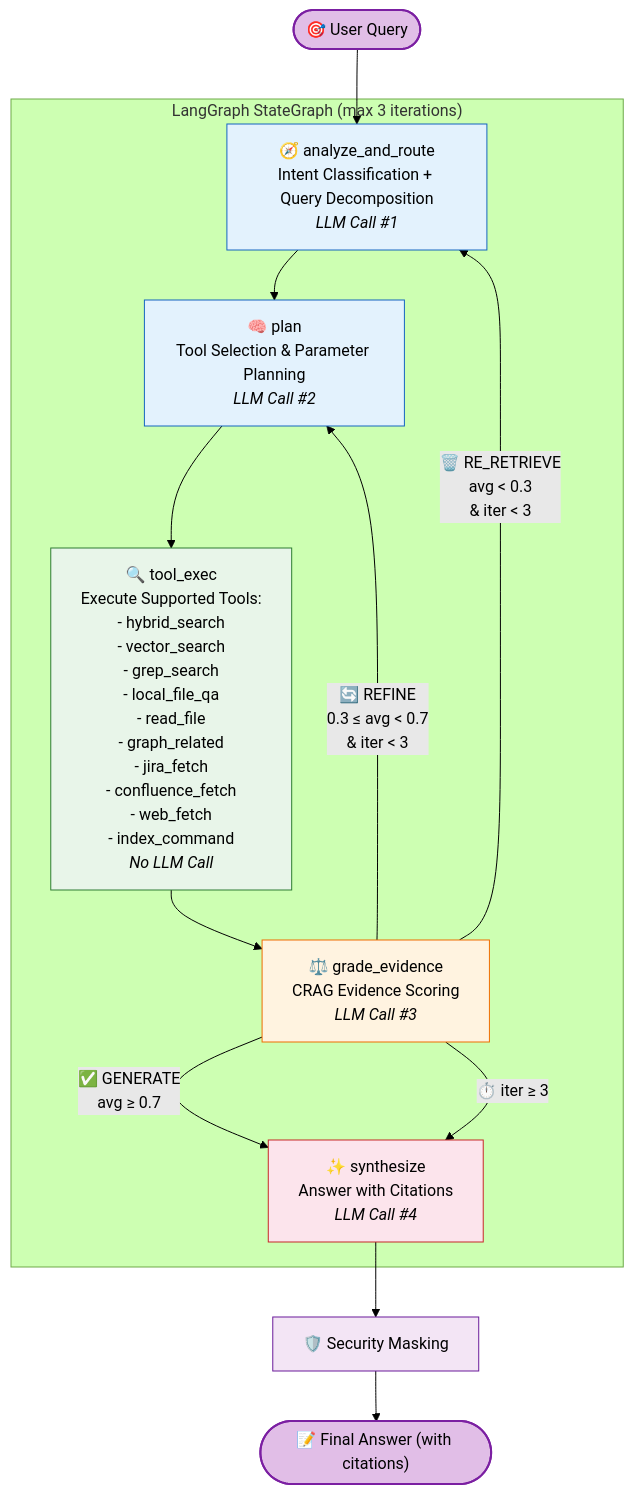
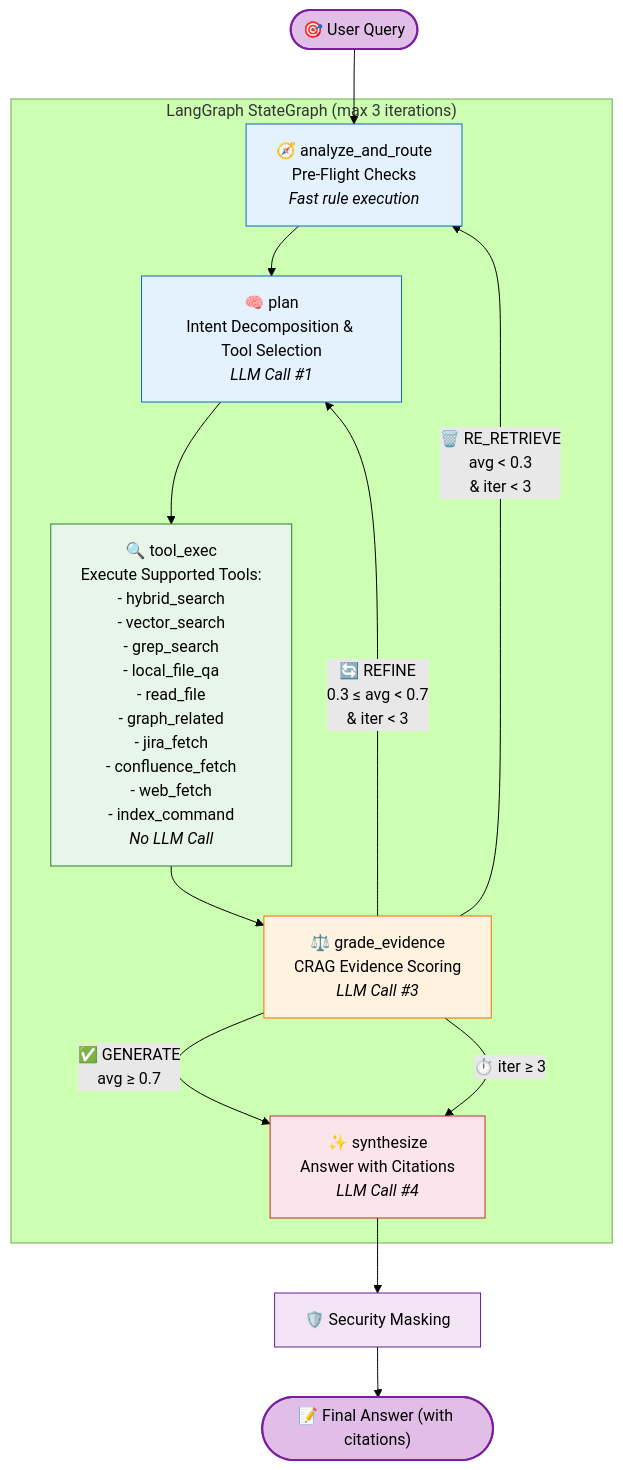
One commit to coin1860/kb-agent changed the diagram in README.md. Above: the diagram before and after it, drawn with Mermaid (forest theme). The commit also changed other lines of this file and 59 other files, not shown here.

Commit message:
feat: implement query decomposition and improved retry strategy for RAG

````diff
--- a/README.md
+++ b/README.md
@@ -82,32 +83,32 @@
 ```mermaid
 graph TD
     Start(["🎯 User Query"]) --> Analyze
 
     subgraph "LangGraph StateGraph (max 3 iterations)"
-        Analyze["🧭 analyze_and_route<br/>Intent Classification + Query Decomposition<br/><i>LLM Call #1</i>"]
-        Plan["🧠 plan<br/>Tool Selection & Parameter Planning<br/><i>LLM Call #2</i>"]
+        Analyze["🧭 analyze_and_route<br/>Pre-Flight Checks<br/><i>Fast rule execution</i>"]
+        Plan["🧠 plan<br/>Intent Decomposition & Tool Selection<br/><i>LLM Call #1</i>"]
         ToolExec["🔍 tool_exec<br/>Execute Supported Tools:<br/>- hybrid_search<br/>- vector_search<br/>- grep_search<br/>- local_file_qa<br/>- read_file<br/>- graph_related<br/>- jira_fetch<br/>- confluence_fetch<br/>- web_fetch<br/>- index_command<br/><i>No LLM Call</i>"]
         Grade["⚖️ grade_evidence<br/>CRAG Evidence Scoring<br/><i>LLM Call #3</i>"]
         Synth["✨ synthesize<br/>Answer with Citations<br/><i>LLM Call #4</i>"]
 
         Analyze --> Plan
         Plan --> ToolExec
         ToolExec --> Grade
         Grade -->|"✅ GENERATE<br/>avg ≥ 0.7"| Synth
         Grade -->|"🔄 REFINE<br/>0.3 ≤ avg < 0.7<br/>& iter < 3"| Plan
         Grade -->|"🗑️ RE_RETRIEVE<br/>avg < 0.3<br/>& iter < 3"| Analyze
         Grade -->|"⏱️ iter ≥ 3"| Synth
     end
 
     Synth --> Mask["🛡️ Security Masking"]
     Mask --> End(["📝 Final Answer (with citations)"])
 
     style Start fill:#e1bee7,stroke:#7b1fa2,stroke-width:2px,color:#000
     style End fill:#e1bee7,stroke:#7b1fa2,stroke-width:2px,color:#000
     style Analyze fill:#e3f2fd,stroke:#1565c0,color:#000
     style Plan fill:#e3f2fd,stroke:#1565c0,color:#000
     style ToolExec fill:#e8f5e9,stroke:#2e7d32,color:#000
     style Grade fill:#fff3e0,stroke:#ef6c00,color:#000
     style Synth fill:#fce4ec,stroke:#c62828,color:#000
     style Mask fill:#f3e5f5,stroke:#6a1b9a,color:#000
 ```
````
